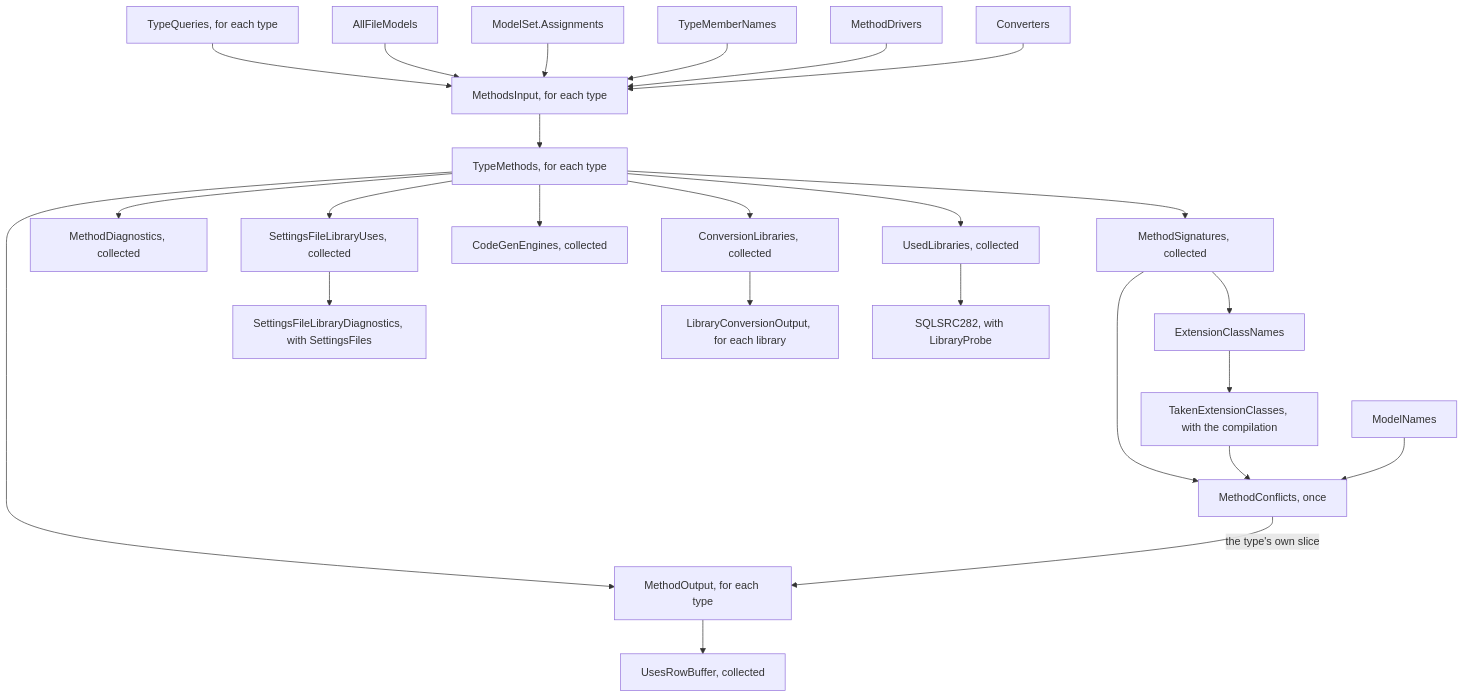
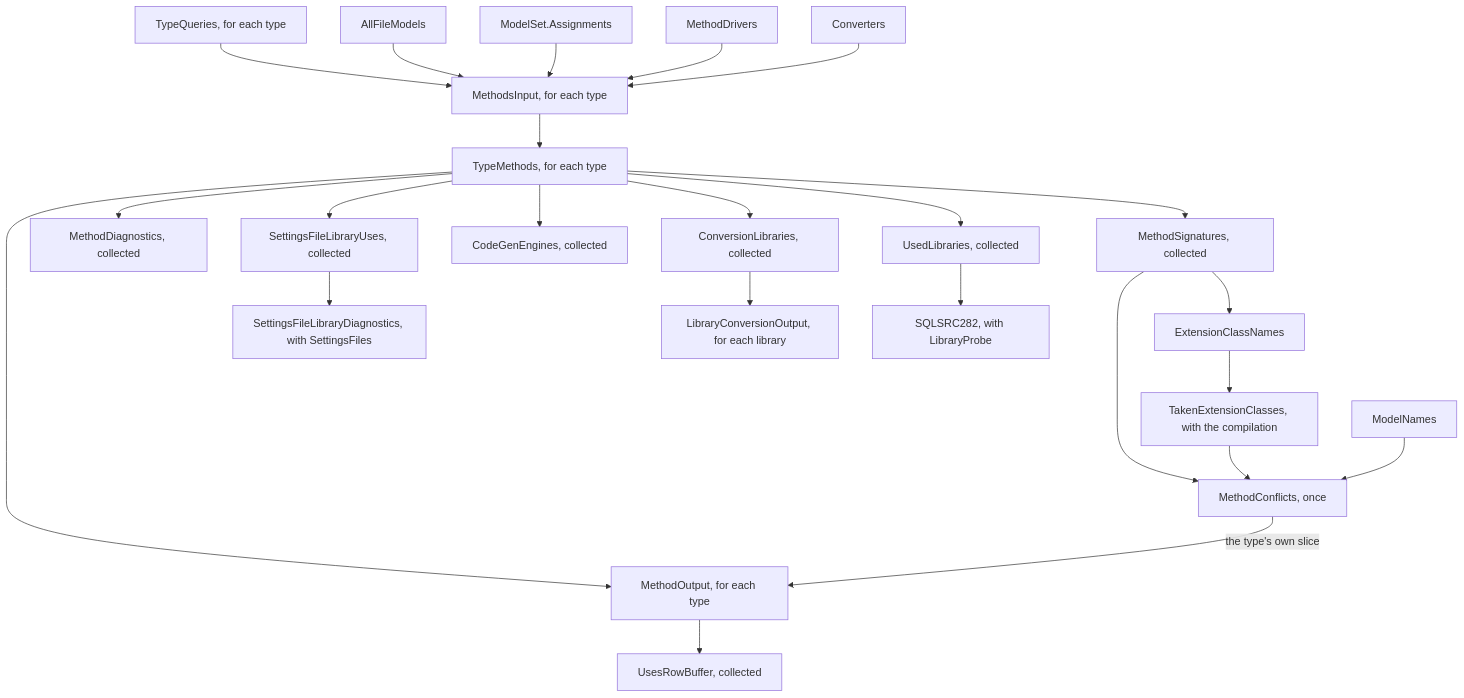
The third of 3 diagrams in docs/architecture/generator.md (mbcrawfo/SqlSource), drawn with Mermaid before and after one commit. The commit also changed other lines of this file and 7 other files, not shown here.

Commit message:
docs: the architecture and AGENTS.md files describe placement from the file

````diff
--- a/docs/architecture/generator.md
+++ b/docs/architecture/generator.md
@@ -581,27 +591,26 @@
 ```mermaid
 flowchart TD
     typeQueries["TypeQueries, for each type"] --> input["MethodsInput, for each type"]
     all["AllFileModels"] --> input
     assignments["ModelSet.Assignments"] --> input
-    names["TypeMemberNames"] --> input
     drivers["MethodDrivers"] --> input
     converters["Converters"] --> input
     input --> plan["TypeMethods, for each type"]
     plan --> signatures["MethodSignatures, collected"]
     signatures --> classes["ExtensionClassNames"]
     classes --> taken["TakenExtensionClasses, with the compilation"]
     signatures --> conflicts["MethodConflicts, once"]
     taken --> conflicts
     modelNames["ModelNames"] --> conflicts
     plan --> output["MethodOutput, for each type"]
     conflicts -->|"the type's own slice"| output
     output --> rowBuffer["UsesRowBuffer, collected"]
     plan --> diagnostics["MethodDiagnostics, collected"]
     plan --> libraryUses["SettingsFileLibraryUses, collected"]
     libraryUses --> located["SettingsFileLibraryDiagnostics, with SettingsFiles"]
     plan --> engines["CodeGenEngines, collected"]
     plan --> libraries["ConversionLibraries, collected"]
     libraries --> conversions["LibraryConversionOutput, for each library"]
     plan --> used["UsedLibraries, collected"]
     used --> floor["SQLSRC282, with LibraryProbe"]
 ```
````
